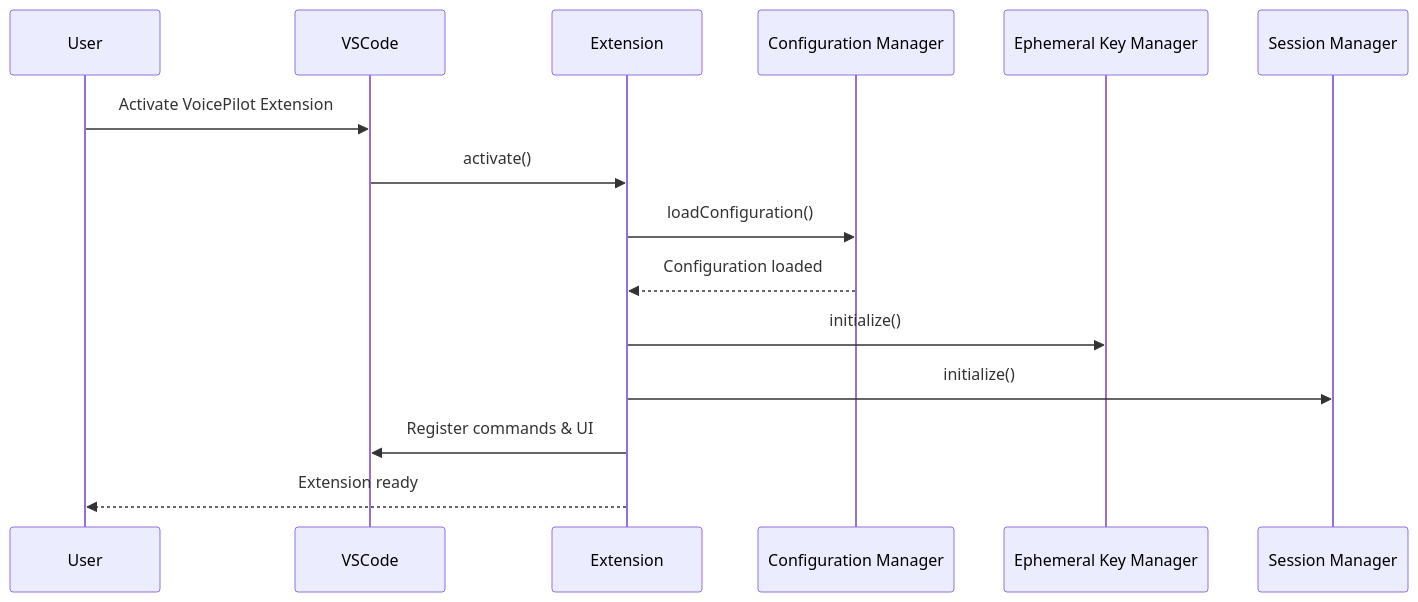
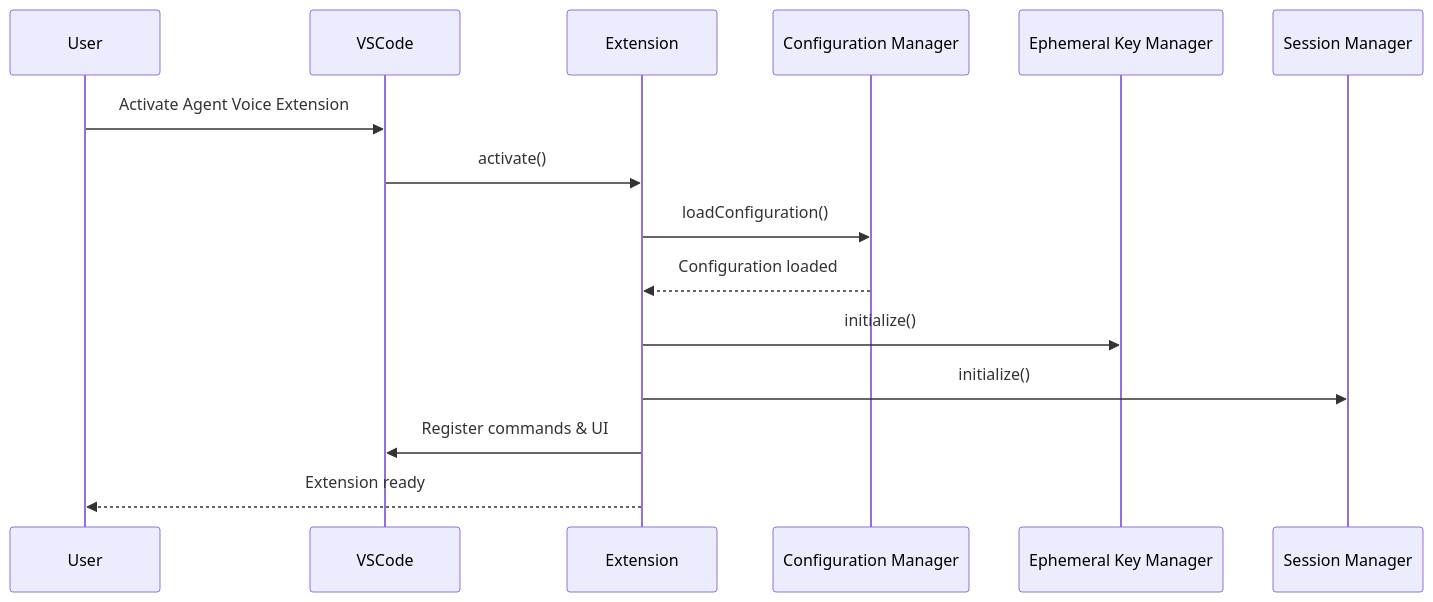
One commit to PlagueHO/voice-pilot changed the first of 6 diagrams in docs/design/COMPONENTS.md. Above: the diagram before and after it, drawn with Mermaid. The commit also changed other lines of this file and 188 other files, not shown here.

First line of the commit message:
Rename repository from Voice-Pilot to Agent Voice (#76)

````diff
--- a/docs/design/COMPONENTS.md
+++ b/docs/design/COMPONENTS.md
@@ -293,18 +293,18 @@
 ```mermaid
 sequenceDiagram
     participant User
     participant VSCode
     participant Extension
     participant ConfigMgr as Configuration Manager
     participant AuthMgr as Ephemeral Key Manager
     participant SessionMgr as Session Manager
 
-    User->>VSCode: Activate VoicePilot Extension
+    User->>VSCode: Activate Agent Voice Extension
     VSCode->>Extension: activate()
     Extension->>ConfigMgr: loadConfiguration()
     ConfigMgr-->>Extension: Configuration loaded
     Extension->>AuthMgr: initialize()
     Extension->>SessionMgr: initialize()
     Extension->>VSCode: Register commands & UI
     Extension-->>User: Extension ready
 ```
````
